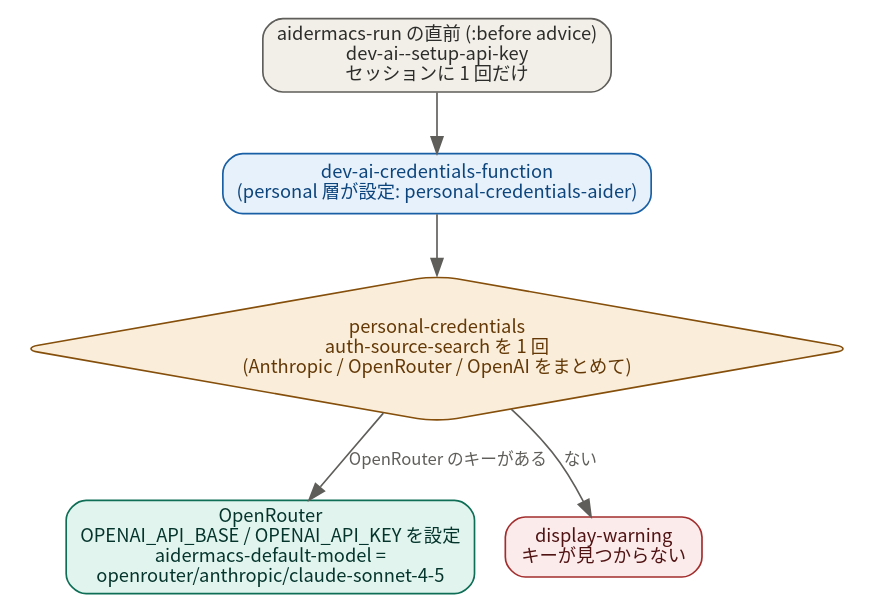
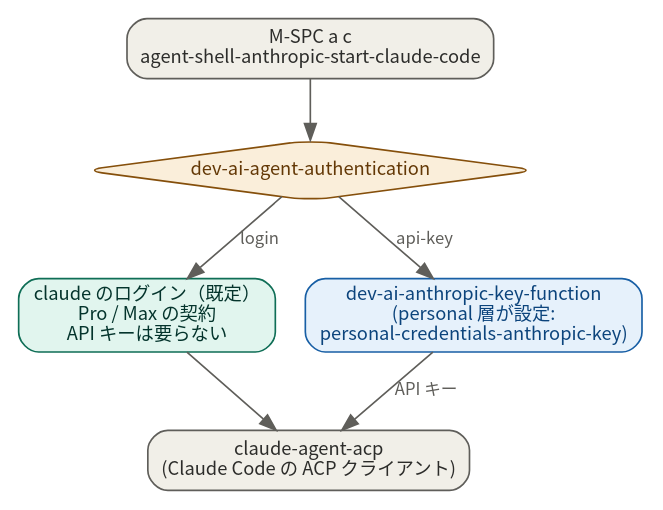
Diagram 14 of 15 in README.org (ac1965/.emacs.d), drawn with Graphviz before and after one commit. The commit also changed other lines of this file and 8 other files, not shown here.

First line of the commit message:
feat(dev-ai): agent-shell(Claude Code)を導入し、aidermacs と OpenRouter の受け渡しを削除する

```diff
--- a/README.org
+++ b/README.org
@@ -2128,20 +2132,21 @@
 #+begin_src dot
-digraph dev_ai_timing {
+digraph dev_ai_auth {
   rankdir=TB;
   bgcolor="white";
   fontname="Noto Sans CJK JP";
   node [shape=box style="rounded,filled" fontname="Noto Sans CJK JP" fontsize=11 fillcolor="#F1EFE8" color="#5F5E5A" fontcolor="#2C2C2A"];
   edge [color="#5F5E5A" fontname="Noto Sans CJK JP" fontsize=10 fontcolor="#5F5E5A"];
 
-  hook [label="aidermacs-run の直前 (:before advice)\ndev-ai--setup-api-key\nセッションに 1 回だけ"];
-  fn [label="dev-ai-credentials-function\n(personal 層が設定: personal-credentials-aider)" fillcolor="#E6F1FB" color="#185FA5" fontcolor="#0C447C"];
-  search [label="personal-credentials\nauth-source-search を 1 回\n(Anthropic / OpenRouter / OpenAI をまとめて)" shape=diamond fillcolor="#FAEEDA" color="#854F0B" fontcolor="#633806"];
-  or1 [label="OpenRouter\nOPENAI_API_BASE / OPENAI_API_KEY を設定\naidermacs-default-model =\nopenrouter/anthropic/claude-sonnet-4-5" fillcolor="#E1F5EE" color="#0F6E56" fontcolor="#04342C"];
-  warn [label="display-warning\nキーが見つからない" fillcolor="#FCEBEB" color="#A32D2D" fontcolor="#501313"];
+  start [label="M-SPC a c\nagent-shell-anthropic-start-claude-code"];
+  choice [label="dev-ai-agent-authentication" shape=diamond fillcolor="#FAEEDA" color="#854F0B" fontcolor="#633806"];
+  login [label="claude のログイン（既定）\nPro / Max の契約\nAPI キーは要らない" fillcolor="#E1F5EE" color="#0F6E56" fontcolor="#04342C"];
+  fn [label="dev-ai-anthropic-key-function\n(personal 層が設定:\npersonal-credentials-anthropic-key)" fillcolor="#E6F1FB" color="#185FA5" fontcolor="#0C447C"];
+  acp [label="claude-agent-acp\n(Claude Code の ACP クライアント)"];
 
-  hook -> fn;
-  fn -> search;
-  search -> or1 [label="OpenRouter のキーがある"];
-  search -> warn [label="ない"];
+  start -> choice;
+  choice -> login [label="login"];
+  choice -> fn [label="api-key"];
+  login -> acp;
+  fn -> acp [label="API キー"];
 }
 #+end_src
```
